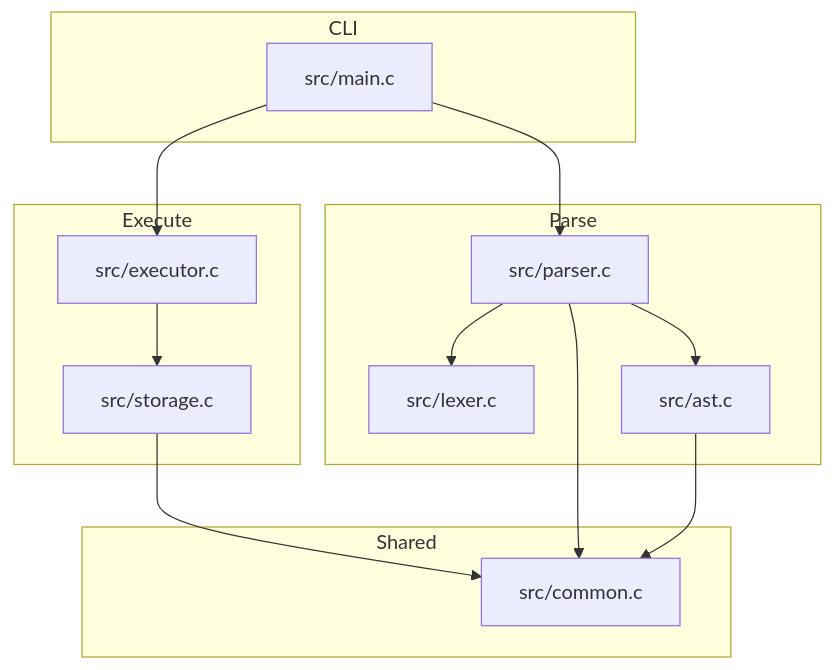
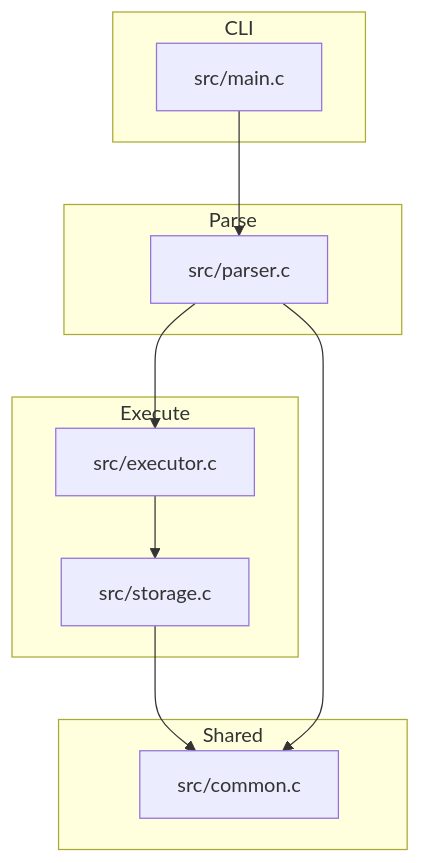
The third of 3 diagrams in README.md (iamnuked/wk06-mini-sql), drawn with Mermaid before and after one commit. The commit also changed other lines of this file, not shown here.

Commit message:
Update README for merged parser lexer and removed AST modules

````diff
--- a/README.md
+++ b/README.md
@@ -82,30 +74,25 @@
 ```mermaid
 flowchart TB
-    subgraph CLI
-        MAIN["src/main.c"]
-    end
+  subgraph CLI
+    MAIN[src/main.c]
+  end
 
-    subgraph Parse
-        LEXER["src/lexer.c"]
-        PARSER["src/parser.c"]
-        AST["src/ast.c"]
-    end
+  subgraph Parse
+    PARSER[src/parser.c]
+  end
 
-    subgraph Execute
-        EXEC["src/executor.c"]
-        STORAGE["src/storage.c"]
-    end
+  subgraph Execute
+    EXEC[src/executor.c]
+    STORAGE[src/storage.c]
+  end
 
-    subgraph Shared
-        COMMON["src/common.c"]
-    end
+  subgraph Shared
+    COMMON[src/common.c]
+  end
 
-    MAIN --> PARSER
-    PARSER --> LEXER
-    PARSER --> AST
-    MAIN --> EXEC
-    EXEC --> STORAGE
-    STORAGE --> COMMON
-    PARSER --> COMMON
-    AST --> COMMON
+  MAIN --> PARSER
+  PARSER --> EXEC
+  EXEC --> STORAGE
+  STORAGE --> COMMON
+  PARSER --> COMMON
 ```
````
